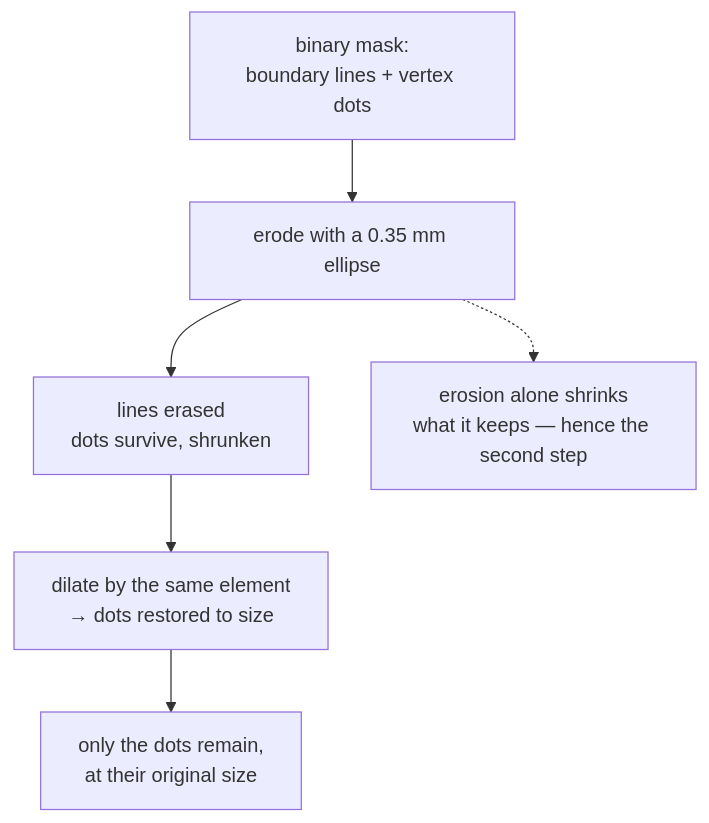
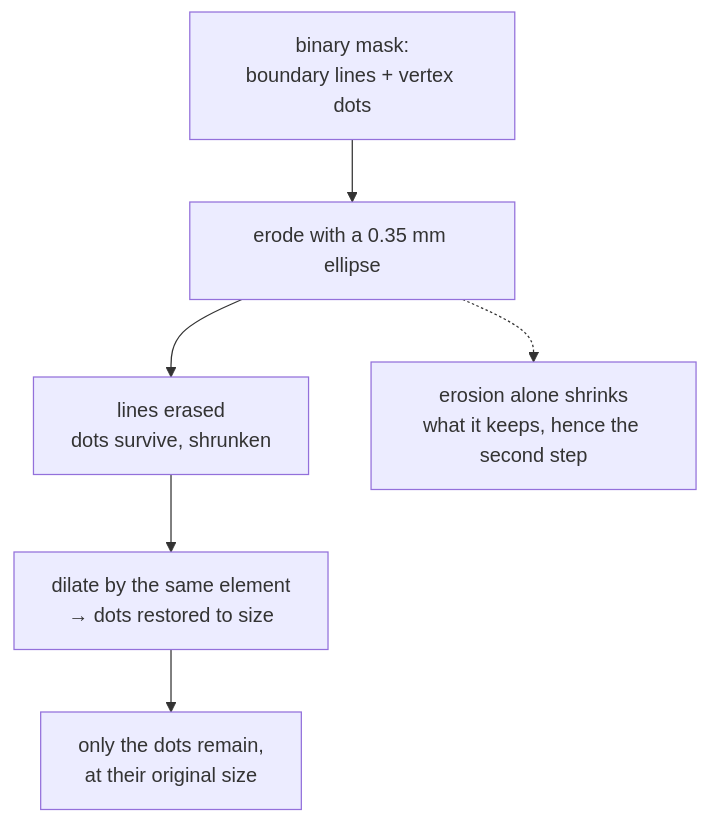
One commit to jennarbates/StratigraphyGenerator changed the diagram in docs/cs/erosion.md. Above: the diagram before and after it, drawn with Mermaid. The commit also changed other lines of this file and 309 other files, not shown here.

````diff
--- a/docs/cs/erosion.md
+++ b/docs/cs/erosion.md
@@ -52,9 +52,9 @@
 ```mermaid
 flowchart TB
   In["binary mask:<br/>boundary lines + vertex dots"]
   In --> E["erode with a 0.35 mm ellipse"]
   E --> Out["lines erased<br/>dots survive, shrunken"]
   Out --> D["dilate by the same element<br/>→ dots restored to size"]
   D --> Result["only the dots remain,<br/>at their original size"]
-  E -.-> Note["erosion alone shrinks<br/>what it keeps — hence the second step"]
+  E -.-> Note["erosion alone shrinks<br/>what it keeps, hence the second step"]
 ```
````
